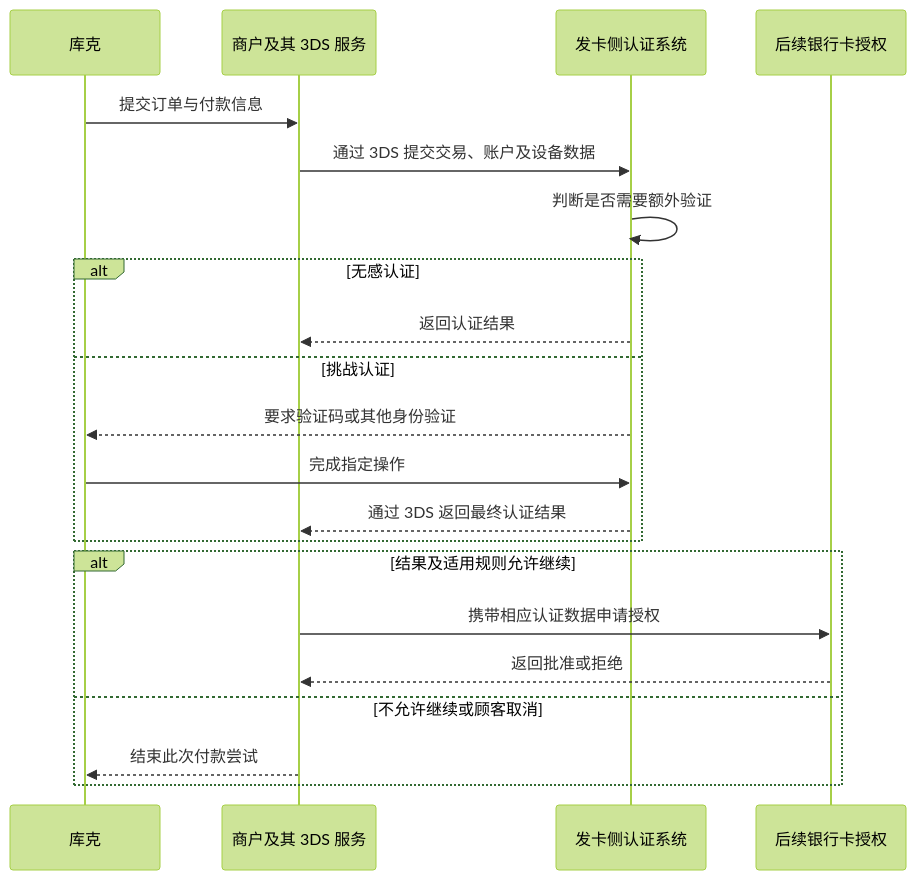
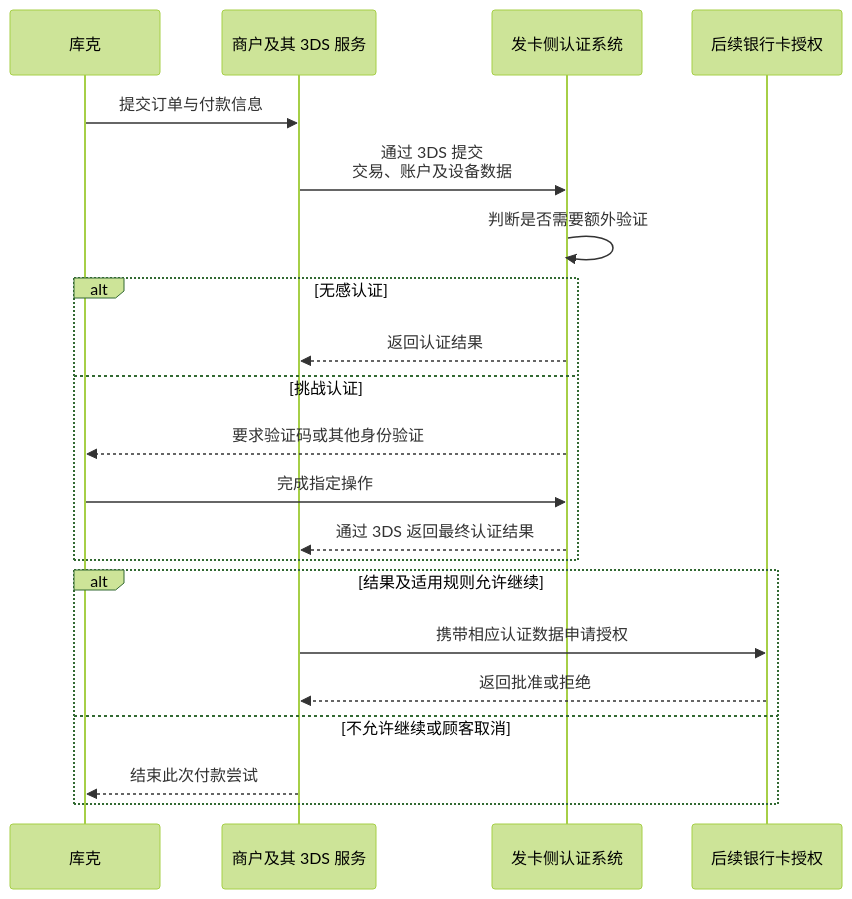
The fourth of 29 diagrams in _posts/2026-09-05-交易模型.md (WCY-dt/blog), drawn with Mermaid (forest theme) before and after one commit. The commit also changed other lines of this file, not shown here.

````diff
--- a/_posts/2026-09-05-交易模型.md
+++ b/_posts/2026-09-05-交易模型.md
@@ -413,24 +471,24 @@
 ```mermaid
 sequenceDiagram
     participant CH as 库克
     participant ME as 商户及其 3DS 服务
     participant IA as 发卡侧认证系统
     participant AU as 后续银行卡授权
 
     CH->>ME: 提交订单与付款信息
-    ME->>IA: 通过 3DS 提交交易、账户及设备数据
+    ME->>IA: 通过 3DS 提交<br>交易、账户及设备数据
     IA->>IA: 判断是否需要额外验证
     alt 无感认证
         IA-->>ME: 返回认证结果
     else 挑战认证
         IA-->>CH: 要求验证码或其他身份验证
         CH->>IA: 完成指定操作
         IA-->>ME: 通过 3DS 返回最终认证结果
     end
     alt 结果及适用规则允许继续
         ME->>AU: 携带相应认证数据申请授权
         AU-->>ME: 返回批准或拒绝
     else 不允许继续或顾客取消
         ME-->>CH: 结束此次付款尝试
     end
 ```
````
